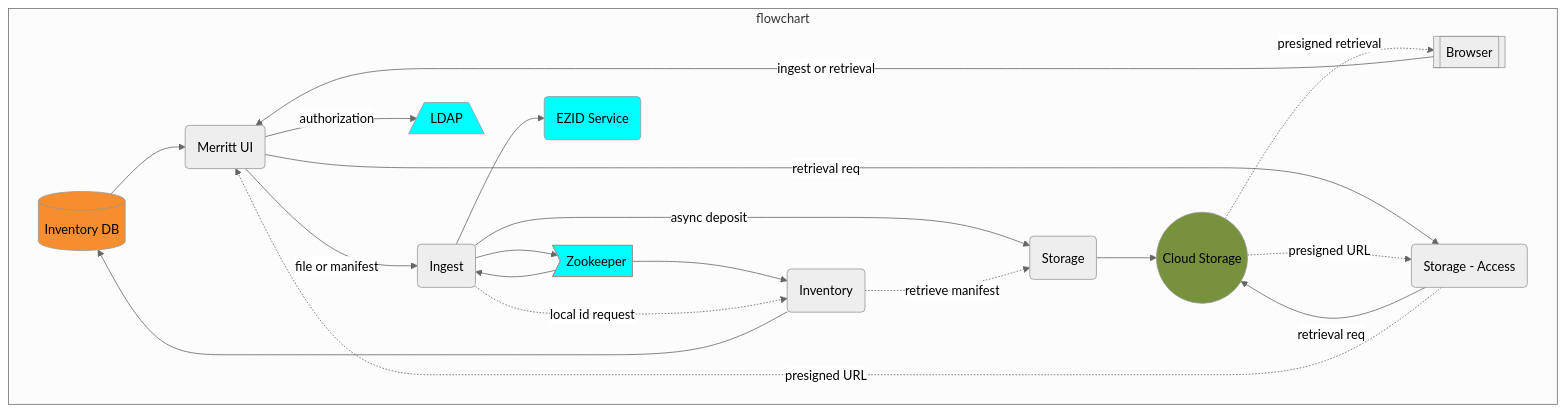
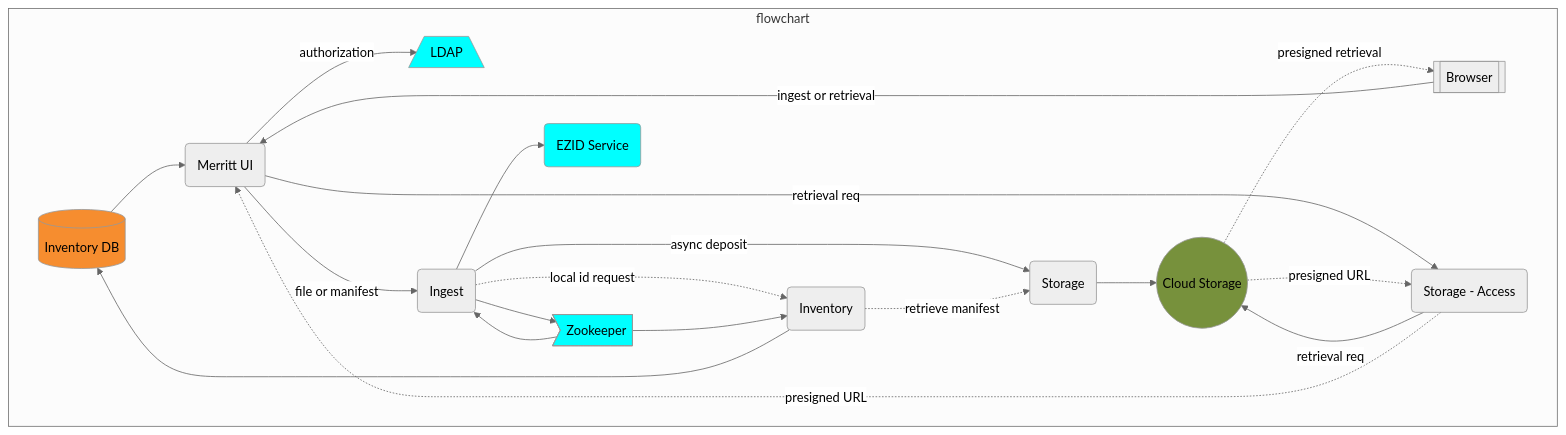
One commit to terrywbrady/mermaid-test changed the diagram in data/merritt.mmd. Above: the diagram before and after it, drawn with Mermaid. The commit also changed other lines of this file and 4 other files, not shown here.

Commit message:
update arrows in diagrams

```diff
--- a/data/merritt.mmd
+++ b/data/merritt.mmd
@@ -1,50 +1,50 @@
 %%{init: {'theme': 'neutral', 'securityLevel': 'loose'}}%%
 graph TD
   RDS[(Inventory DB)]
   UI("Merritt UI")
   click UI href "https://github.com/CDLUC3/mrt-dashboard" "source code"
   ING(Ingest)
   click ING href "https://github.com/CDLUC3/mrt-ingest" "source code"
   ST(Storage)
   click ST href "https://github.com/CDLUC3/mrt-store" "source code"
   STACC(Storage - Access)
   click STACC href "https://github.com/CDLUC3/mrt-store" "source code"
   INV(Inventory)
   click INV href "https://github.com/CDLUC3/mrt-inventory" "source code"
   CLOUD(("Cloud Storage"))
   click INV href "https://github.com/CDLUC3/mrt-cloud" "source code"
   LDAP[/LDAP\]
   ZOO>Zookeeper]
   click ZOO href "https://github.com/CDLUC3/mrt-zoo" "source code"
   EZID(EZID Service)
   click EZID href "https://ezid.cdlib.org/" "service link"
   BROWSER[[Browser]]
 
   subgraph flowchart
     BROWSER --> |ingest or retrieval| UI
+    UI --> |authorization| LDAP
     RDS --> UI
     UI --> |"file or manifest"| ING
-    UI --> |authorization| LDAP
-    ING --> |"async deposit"| ST
     ING --> ZOO
     ZOO --> ING
+    ING -.-> |local id request| INV
+    ING --> EZID
+    ING --> |"async deposit"| ST
+    ST --> CLOUD
+    INV -.-> |retrieve manifest| ST
     ZOO --> INV
+    INV --> RDS
     UI ---> |retrieval req| STACC
-    INV --> RDS
     STACC --> |retrieval req| CLOUD
     CLOUD -.-> |presigned URL| STACC
     STACC -.-> |presigned URL| UI
-    ING --> EZID
     CLOUD -.-> |presigned retrieval| BROWSER
-    ING -.-> |local id request| INV
-    INV -.-> |retrieve manifest| ST
-    ST --> CLOUD
   end
 
   style CLOUD fill:#77913C
   style RDS fill:#F68D2F
   style LDAP fill:cyan
   style ZOO fill:cyan
   style EZID fill:cyan
   
   classDef FOCUS stroke:red,stroke-width:5px,fill:yellow
```
